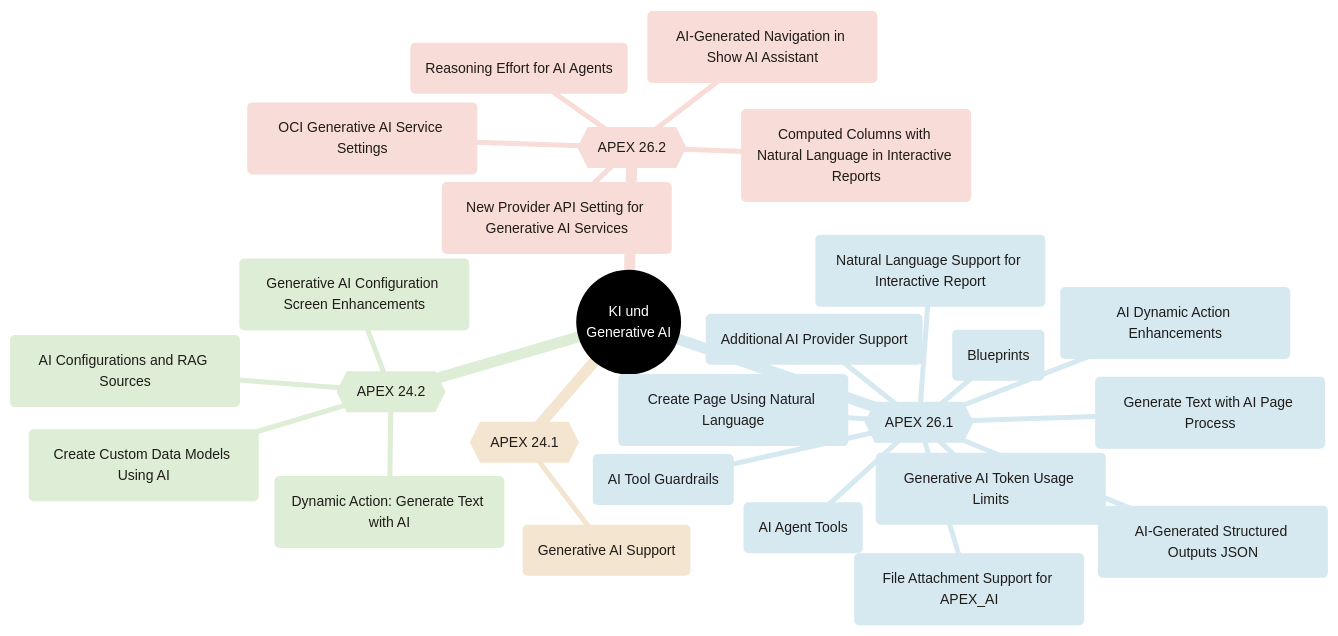
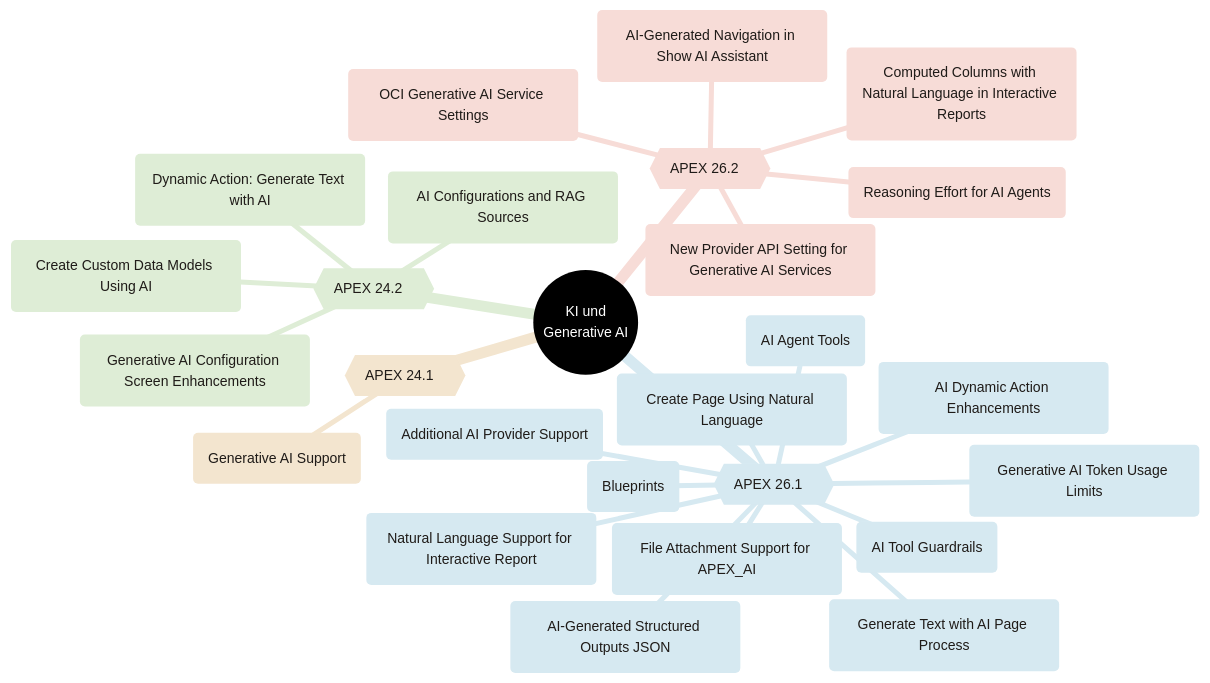
Before and after one commit to Nafets-Rezlop/apxnfo: the first of 3 diagrams in mindmap-ki-test.md, drawn with Mermaid. The commit also changed other lines of this file, not shown here.

````diff
--- a/mindmap-ki-test.md
+++ b/mindmap-ki-test.md
@@ -7,49 +7,48 @@
 ```mermaid
 ---
 config:
   theme: base
   themeVariables:
-    fontFamily: "Segoe UI, Helvetica, Arial, sans-serif"
     fontSize: 14px
     primaryColor: "#312D2A"
     primaryTextColor: "#ffffff"
     lineColor: "#C74634"
     cScale0: "#312D2A"
     cScaleLabel0: "#ffffff"
     cScale1: "#F7DCD7"
     cScaleLabel1: "#1F1B18"
     cScale2: "#D6E9F1"
     cScaleLabel2: "#1F1B18"
     cScale3: "#DEEDD6"
     cScaleLabel3: "#1F1B18"
     cScale4: "#F3E5CF"
     cScaleLabel4: "#1F1B18"
 ---
 mindmap
   root(("KI und<br/>Generative AI"))
-    r262{{"APEX 26.2"}}
+    r262{{"APEX 26.2&nbsp;&nbsp;&nbsp;"}}
       f262_0("Reasoning Effort for AI Agents")
       f262_1("New Provider API Setting for Generative AI Services")
       f262_2("OCI Generative AI Service Settings")
       f262_3("AI-Generated Navigation in Show AI Assistant")
       f262_4("Computed Columns with Natural Language in Interactive Reports")
-    r261{{"APEX 26.1"}}
+    r261{{"APEX 26.1&nbsp;&nbsp;&nbsp;"}}
       f261_5("Natural Language Support for Interactive Report")
       f261_6("Create Page Using Natural Language")
       f261_7("AI Agent Tools")
       f261_8("AI Tool Guardrails")
       f261_9("Generate Text with AI Page Process")
       f261_10("AI-Generated Structured Outputs JSON")
       f261_11("Generative AI Token Usage Limits")
       f261_12("Additional AI Provider Support")
       f261_13("AI Dynamic Action Enhancements")
       f261_14("Blueprints")
       f261_15("File Attachment Support for APEX_AI")
-    r242{{"APEX 24.2"}}
+    r242{{"APEX 24.2&nbsp;&nbsp;&nbsp;"}}
       f242_16("Dynamic Action: Generate Text with AI")
       f242_17("Create Custom Data Models Using AI")
       f242_18("AI Configurations and RAG Sources")
       f242_19("Generative AI Configuration Screen Enhancements")
-    r241{{"APEX 24.1"}}
+    r241{{"APEX 24.1&nbsp;&nbsp;&nbsp;"}}
       f241_20("Generative AI Support")
 ```
````
